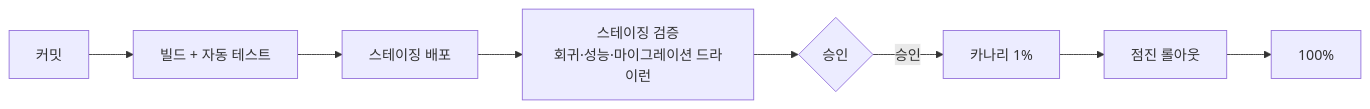
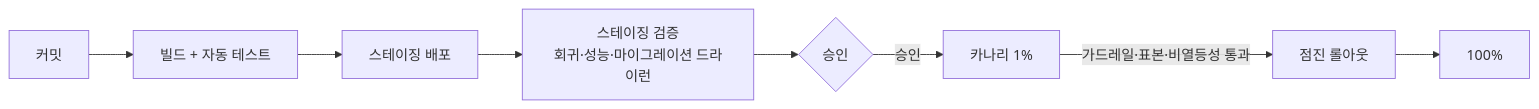
Before and after one commit to Rein-ArXiv/game-dev-curriculum: diagram 11 of 11 in live_service/part01_patch.md, drawn with Mermaid. The commit also changed other lines of this file and 279 other files, not shown here.

````diff
--- a/live_service/part01_patch.md
+++ b/live_service/part01_patch.md
@@ -596,10 +625,10 @@
 ```mermaid
 flowchart LR
     Commit[커밋] --> CI[빌드 + 자동 테스트]
     CI --> Stage[스테이징 배포]
     Stage --> Verify[스테이징 검증<br/>회귀·성능·마이그레이션 드라이런]
     Verify --> Approve{승인}
     Approve -->|승인| Canary[카나리 1%]
-    Canary --> Rollout[점진 롤아웃]
+    Canary -->|가드레일·표본·비열등성 통과| Rollout[점진 롤아웃]
     Rollout --> Prod[100%]
 ```
````
